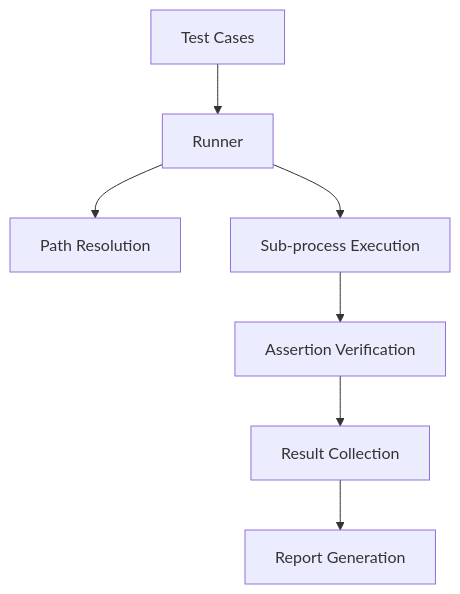
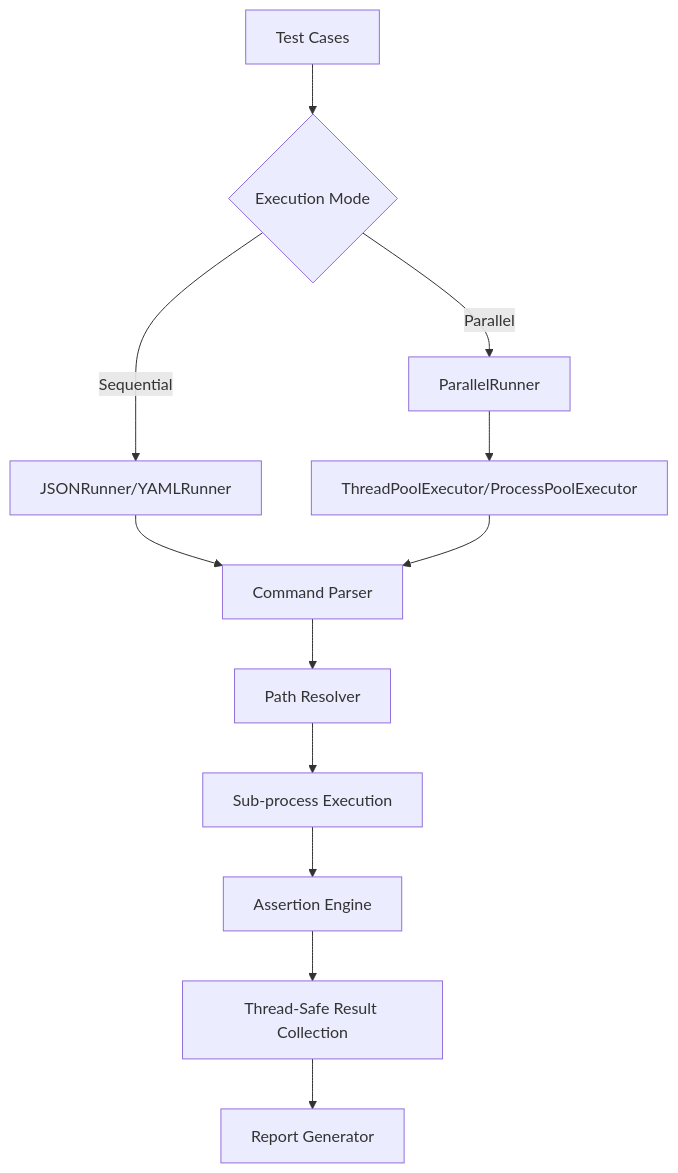
One commit to ozil111/cli-test-framework changed the diagram in README.md. Above: the diagram before and after it, drawn with Mermaid. The commit also changed other lines of this file and 60 other files, not shown here.

````diff
--- a/README.md
+++ b/README.md
@@ -79,9 +172,14 @@
 ```mermaid
 graph TD
-    A[Test Cases] --> B[Runner]
-    B --> C[Path Resolution]
-    B --> D[Sub-process Execution]
-    D --> E[Assertion Verification]
-    E --> F[Result Collection]
-    F --> G[Report Generation]
+    A[Test Cases] --> B{Execution Mode}
+    B -->|Sequential| C[JSONRunner/YAMLRunner]
+    B -->|Parallel| D[ParallelRunner]
+    D --> E[ThreadPoolExecutor/ProcessPoolExecutor]
+    C --> F[Command Parser]
+    E --> F
+    F --> G[Path Resolver]
+    G --> H[Sub-process Execution]
+    H --> I[Assertion Engine]
+    I --> J[Thread-Safe Result Collection]
+    J --> K[Report Generator]
 ```
````
